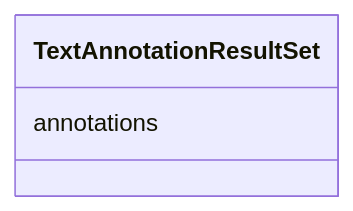
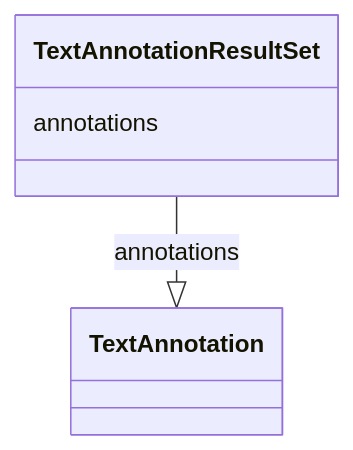
One commit to cthoyt/ontology-access-kit changed the diagram in text-annotator/TextAnnotationResultSet.md. Above: the diagram before and after it, drawn with Mermaid. The commit also changed other lines of this file and 3287 other files, not shown here.

````diff
--- a/text-annotator/TextAnnotationResultSet.md
+++ b/text-annotator/TextAnnotationResultSet.md
@@ -11,6 +14,9 @@
 ```{mermaid}
  classDiagram
     class TextAnnotationResultSet
       TextAnnotationResultSet : annotations
+        
+          TextAnnotationResultSet --|> TextAnnotation : annotations
+        
       
 ```
````
